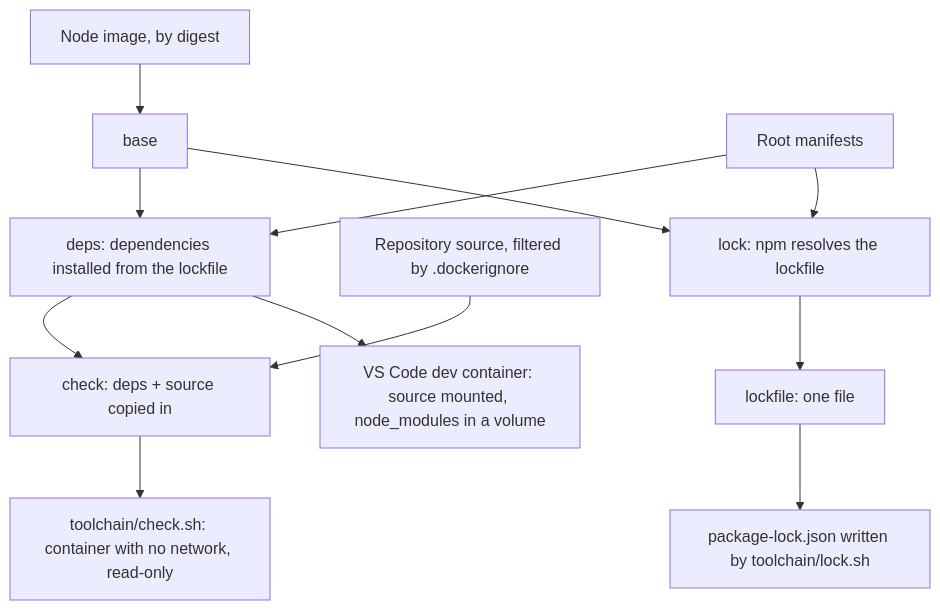
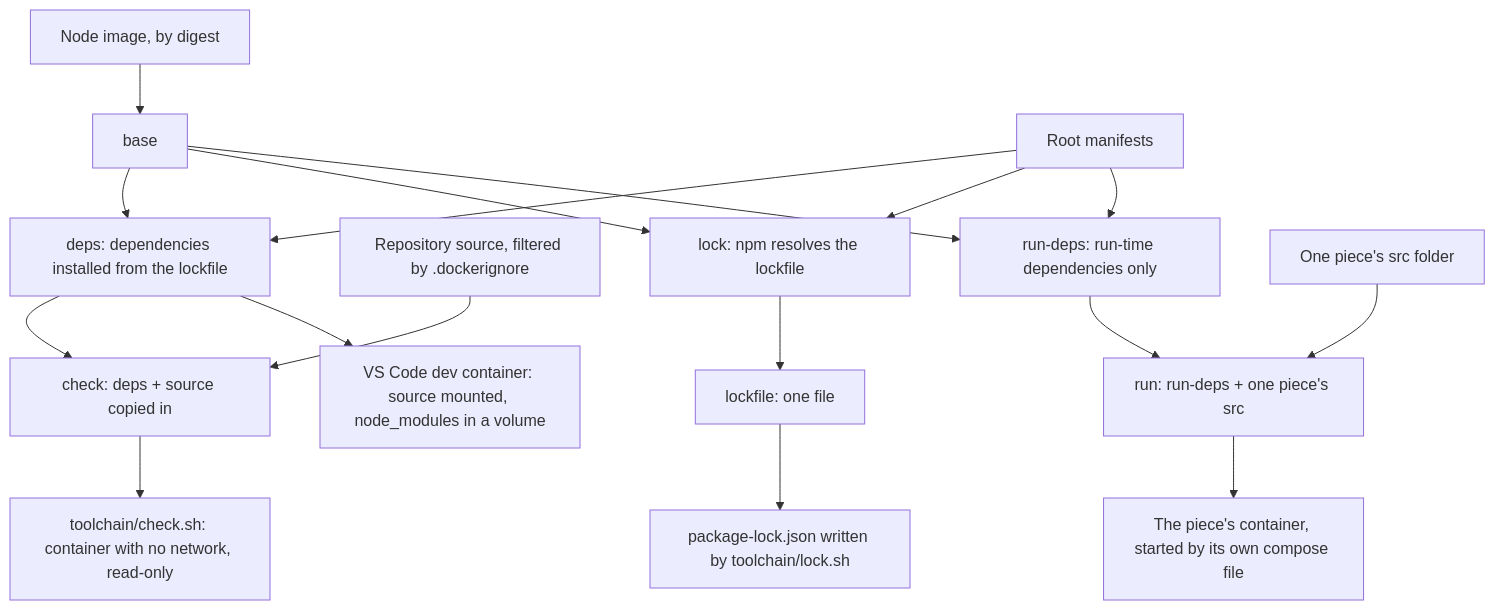
One commit to AndrewPHunter/ai-on-aws changed the diagram in docs/architecture/toolchain.md. Above: the diagram before and after it, drawn with Mermaid. The commit also changed other lines of this file and 14 other files, not shown here.

````diff
--- a/docs/architecture/toolchain.md
+++ b/docs/architecture/toolchain.md
@@ -16,13 +16,18 @@
 ```mermaid
 flowchart TD
   pin[Node image, by digest] --> base
   manifests[Root manifests] --> deps
   base --> deps[deps: dependencies installed from the lockfile]
   deps --> check[check: deps + source copied in]
   source[Repository source, filtered by .dockerignore] --> check
   check --> run[toolchain/check.sh: container with no network, read-only]
   deps --> dev[VS Code dev container: source mounted, node_modules in a volume]
   base --> lock[lock: npm resolves the lockfile]
   manifests --> lock
   lock --> lockfile[lockfile: one file] --> out[package-lock.json written by toolchain/lock.sh]
+  base --> rundeps[run-deps: run-time dependencies only]
+  manifests --> rundeps
+  rundeps --> runstage[run: run-deps + one piece's src]
+  piece[One piece's src folder] --> runstage
+  runstage --> container[The piece's container, started by its own compose file]
 ```
````
